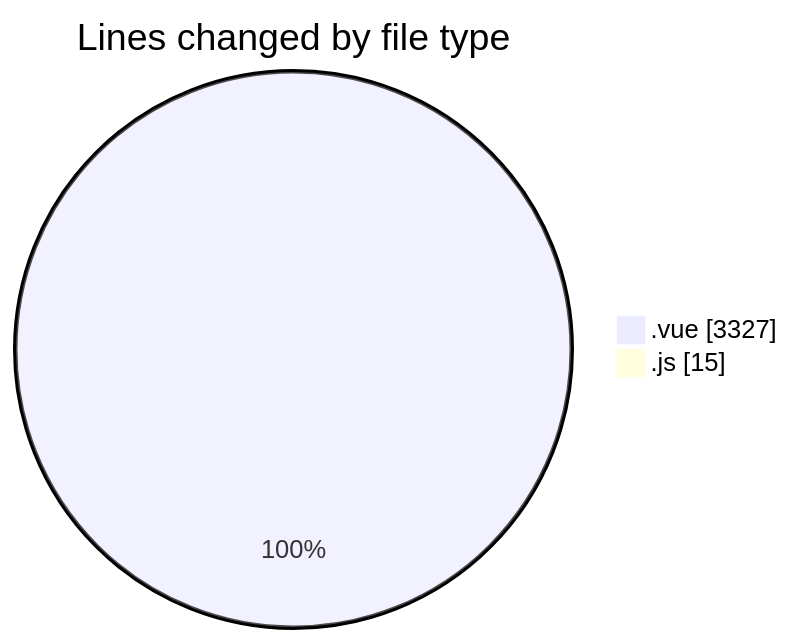
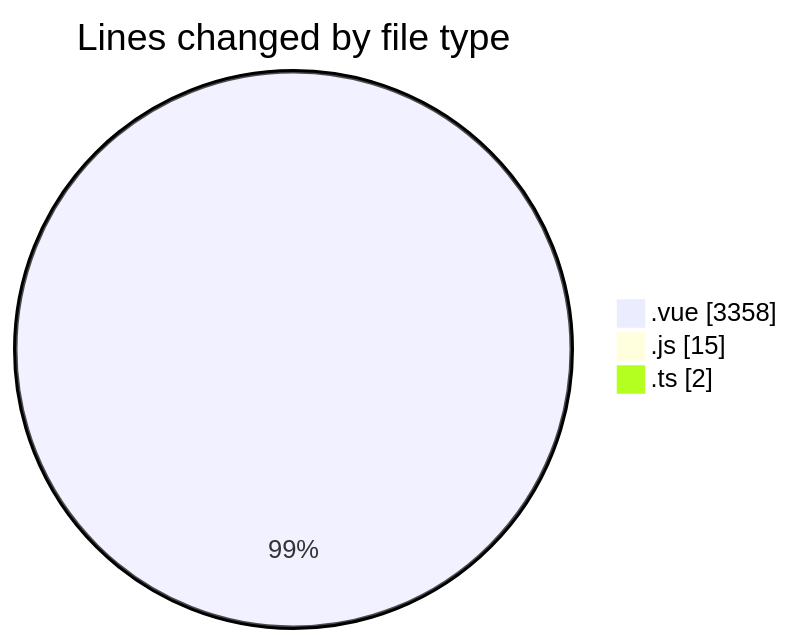
The first of 2 diagrams in 2025-03-14/lumine-web/README.md (robertbonfada/code-tracking), drawn with Mermaid before and after one commit. The commit also changed other lines of this file and 1 other file, not shown here.

````diff
--- a/2025-03-14/lumine-web/README.md
+++ b/2025-03-14/lumine-web/README.md
@@ -32,6 +33,7 @@
 ```mermaid
 pie showData
 title Lines changed by file type
-".vue" : 3327
+".vue" : 3358
 ".js" : 15
+".ts" : 2
 ```
````
